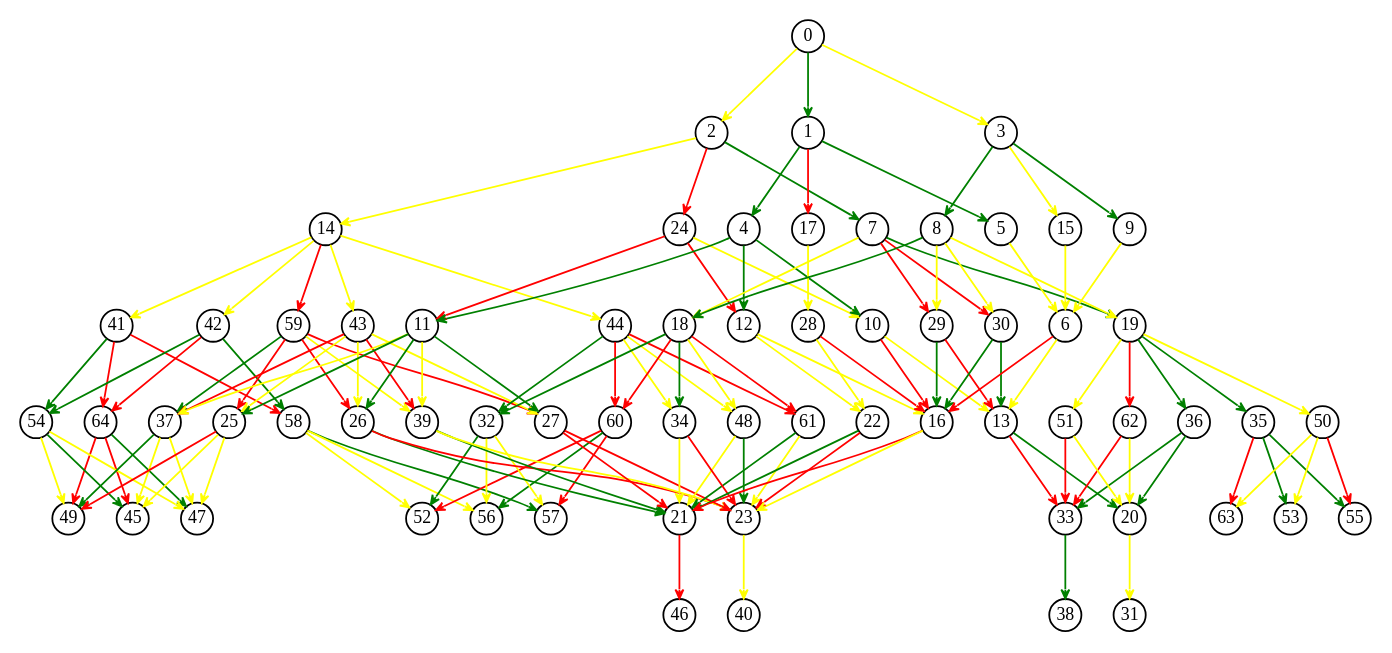
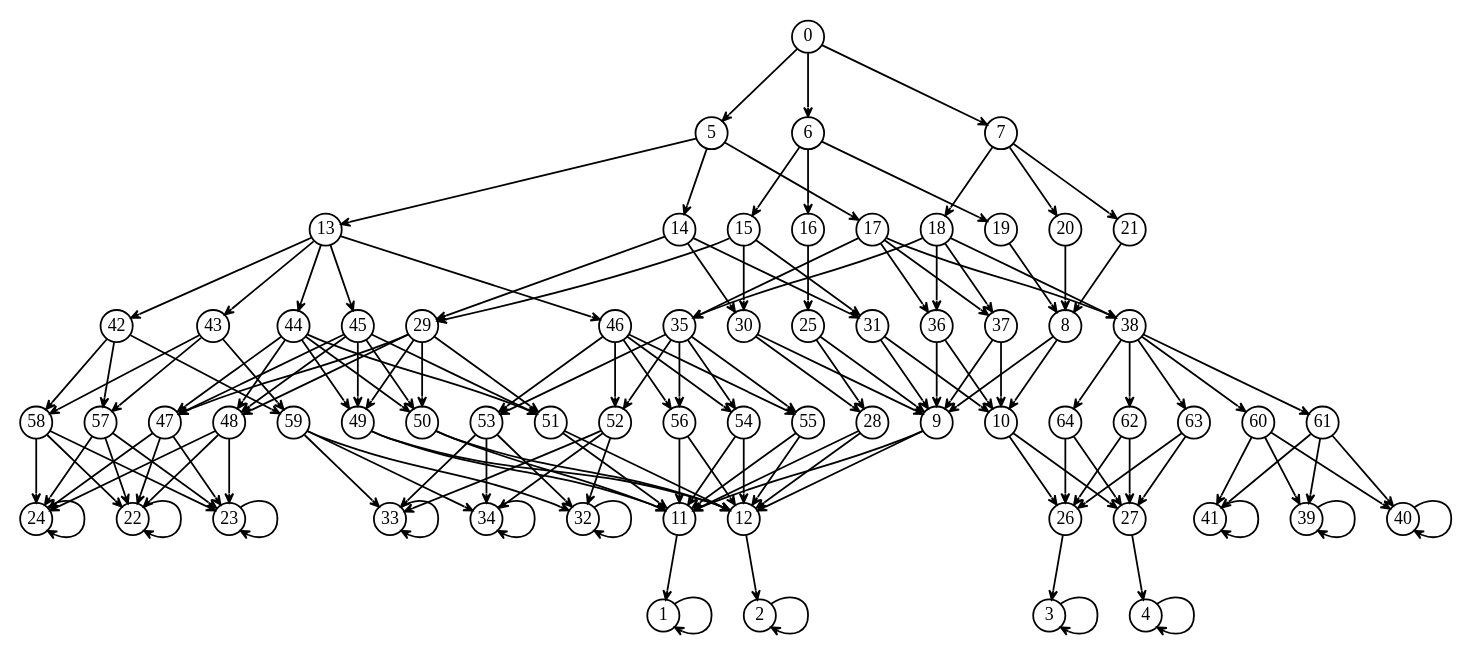
The diagram in g.dot (kphongph/repo_ttu), drawn with Graphviz before and after one commit. The commit also changed 3 other files, not shown here.

```diff
--- a/g.dot
+++ b/g.dot
@@ -2,206 +2,219 @@
    node [shape=circle,width=.25,height=.25,fixedsize=true,fontsize=10];
    edge [arrowhead="vee",arrowsize=.5];
    s0 [label="0"];
-   s1 [label="2"];
-   s2 [label="1"];
-   s3 [label="3"];
-   s4 [label="14"];
-   s5 [label="24"];
-   s6 [label="4"];
-   s7 [label="17"];
-   s8 [label="7"];
-   s9 [label="8"];
-   s10 [label="5"];
-   s11 [label="15"];
-   s12 [label="9"];
-   s13 [label="41"];
-   s14 [label="42"];
-   s15 [label="59"];
-   s16 [label="43"];
-   s17 [label="11"];
-   s18 [label="44"];
-   s19 [label="18"];
-   s20 [label="12"];
-   s21 [label="28"];
-   s22 [label="10"];
-   s23 [label="29"];
-   s24 [label="30"];
-   s25 [label="6"];
-   s26 [label="19"];
-   s27 [label="64"];
-   s28 [label="54"];
-   s29 [label="37"];
-   s30 [label="25"];
-   s31 [label="58"];
-   s32 [label="60"];
-   s33 [label="32"];
-   s34 [label="26"];
-   s35 [label="39"];
-   s36 [label="27"];
-   s37 [label="48"];
-   s38 [label="61"];
-   s39 [label="34"];
-   s40 [label="22"];
-   s41 [label="16"];
-   s42 [label="35"];
-   s43 [label="50"];
-   s44 [label="13"];
+   s1 [label="5"];
+   s2 [label="6"];
+   s3 [label="7"];
+   s4 [label="13"];
+   s5 [label="14"];
+   s6 [label="15"];
+   s7 [label="16"];
+   s8 [label="17"];
+   s9 [label="18"];
+   s10 [label="19"];
+   s11 [label="20"];
+   s12 [label="21"];
+   s13 [label="42"];
+   s14 [label="43"];
+   s15 [label="44"];
+   s16 [label="45"];
+   s17 [label="29"];
+   s18 [label="46"];
+   s19 [label="35"];
+   s20 [label="30"];
+   s21 [label="25"];
+   s22 [label="31"];
+   s23 [label="36"];
+   s24 [label="37"];
+   s25 [label="8"];
+   s26 [label="38"];
+   s27 [label="57"];
+   s28 [label="58"];
+   s29 [label="47"];
+   s30 [label="48"];
+   s31 [label="59"];
+   s32 [label="52"];
+   s33 [label="53"];
+   s34 [label="49"];
+   s35 [label="50"];
+   s36 [label="51"];
+   s37 [label="54"];
+   s38 [label="55"];
+   s39 [label="56"];
+   s40 [label="28"];
+   s41 [label="9"];
+   s42 [label="60"];
+   s43 [label="61"];
+   s44 [label="10"];
    s45 [label="62"];
-   s46 [label="36"];
-   s47 [label="51"];
-   s48 [label="45"];
-   s49 [label="47"];
-   s50 [label="49"];
-   s51 [label="57"];
-   s52 [label="52"];
-   s53 [label="56"];
-   s54 [label="21"];
-   s55 [label="23"];
-   s56 [label="53"];
-   s57 [label="55"];
-   s58 [label="63"];
-   s59 [label="33"];
-   s60 [label="20"];
-   s61 [label="46"];
-   s62 [label="40"];
-   s63 [label="38"];
-   s64 [label="31"];
-   s0 -> s1 [color="yellow"];
-   s0 -> s2 [color="green"];
-   s0 -> s3 [color="yellow"];
-   s1 -> s4 [color="yellow"];
-   s1 -> s5 [color="red"];
-   s1 -> s8 [color="green"];
-   s2 -> s6 [color="green"];
-   s2 -> s7 [color="red"];
-   s2 -> s10 [color="green"];
-   s3 -> s9 [color="green"];
-   s3 -> s11 [color="yellow"];
-   s3 -> s12 [color="green"];
-   s4 -> s13 [color="yellow"];
-   s4 -> s14 [color="yellow"];
-   s4 -> s15 [color="red"];
-   s4 -> s16 [color="yellow"];
-   s4 -> s18 [color="yellow"];
-   s5 -> s17 [color="red"];
-   s5 -> s20 [color="red"];
-   s5 -> s22 [color="yellow"];
-   s6 -> s17 [color="green"];
-   s6 -> s20 [color="green"];
-   s6 -> s22 [color="green"];
-   s7 -> s21 [color="yellow"];
-   s8 -> s19 [color="yellow"];
-   s8 -> s23 [color="red"];
-   s8 -> s24 [color="red"];
-   s8 -> s26 [color="green"];
-   s9 -> s19 [color="green"];
-   s9 -> s23 [color="yellow"];
-   s9 -> s24 [color="yellow"];
-   s9 -> s26 [color="yellow"];
-   s10 -> s25 [color="yellow"];
-   s11 -> s25 [color="yellow"];
-   s12 -> s25 [color="yellow"];
-   s13 -> s27 [color="red"];
-   s13 -> s28 [color="green"];
-   s13 -> s31 [color="red"];
-   s14 -> s27 [color="red"];
-   s14 -> s28 [color="green"];
-   s14 -> s31 [color="green"];
-   s15 -> s29 [color="green"];
-   s15 -> s30 [color="red"];
-   s15 -> s34 [color="red"];
-   s15 -> s35 [color="yellow"];
-   s15 -> s36 [color="red"];
-   s16 -> s29 [color="red"];
-   s16 -> s30 [color="yellow"];
-   s16 -> s34 [color="yellow"];
-   s16 -> s35 [color="red"];
-   s16 -> s36 [color="yellow"];
-   s17 -> s29 [color="yellow"];
-   s17 -> s30 [color="green"];
-   s17 -> s34 [color="green"];
-   s17 -> s35 [color="yellow"];
-   s17 -> s36 [color="green"];
-   s18 -> s32 [color="red"];
-   s18 -> s33 [color="green"];
-   s18 -> s37 [color="yellow"];
-   s18 -> s38 [color="red"];
-   s18 -> s39 [color="yellow"];
-   s19 -> s32 [color="red"];
-   s19 -> s33 [color="green"];
-   s19 -> s37 [color="yellow"];
-   s19 -> s38 [color="red"];
-   s19 -> s39 [color="green"];
-   s20 -> s40 [color="yellow"];
-   s20 -> s41 [color="yellow"];
-   s21 -> s40 [color="yellow"];
-   s21 -> s41 [color="red"];
-   s22 -> s41 [color="red"];
-   s22 -> s44 [color="yellow"];
-   s23 -> s41 [color="green"];
-   s23 -> s44 [color="red"];
-   s24 -> s41 [color="green"];
-   s24 -> s44 [color="green"];
-   s25 -> s41 [color="red"];
-   s25 -> s44 [color="yellow"];
-   s26 -> s42 [color="green"];
-   s26 -> s43 [color="yellow"];
-   s26 -> s45 [color="red"];
-   s26 -> s46 [color="green"];
-   s26 -> s47 [color="yellow"];
-   s27 -> s48 [color="red"];
-   s27 -> s49 [color="green"];
-   s27 -> s50 [color="red"];
-   s28 -> s48 [color="green"];
-   s28 -> s49 [color="yellow"];
-   s28 -> s50 [color="yellow"];
-   s29 -> s48 [color="yellow"];
-   s29 -> s49 [color="yellow"];
-   s29 -> s50 [color="green"];
-   s30 -> s48 [color="yellow"];
-   s30 -> s49 [color="yellow"];
-   s30 -> s50 [color="red"];
-   s31 -> s51 [color="green"];
-   s31 -> s52 [color="yellow"];
-   s31 -> s53 [color="yellow"];
-   s32 -> s51 [color="red"];
-   s32 -> s52 [color="red"];
-   s32 -> s53 [color="green"];
-   s33 -> s51 [color="yellow"];
-   s33 -> s52 [color="green"];
-   s33 -> s53 [color="yellow"];
-   s34 -> s54 [color="green"];
-   s34 -> s55 [color="red"];
-   s35 -> s54 [color="green"];
-   s35 -> s55 [color="yellow"];
-   s36 -> s54 [color="red"];
-   s36 -> s55 [color="red"];
-   s37 -> s54 [color="yellow"];
-   s37 -> s55 [color="green"];
-   s38 -> s54 [color="green"];
-   s38 -> s55 [color="yellow"];
-   s39 -> s54 [color="yellow"];
-   s39 -> s55 [color="red"];
-   s40 -> s54 [color="green"];
-   s40 -> s55 [color="red"];
-   s41 -> s54 [color="red"];
-   s41 -> s55 [color="yellow"];
-   s42 -> s56 [color="green"];
-   s42 -> s57 [color="green"];
-   s42 -> s58 [color="red"];
-   s43 -> s56 [color="yellow"];
-   s43 -> s57 [color="red"];
-   s43 -> s58 [color="yellow"];
-   s44 -> s59 [color="red"];
-   s44 -> s60 [color="green"];
-   s45 -> s59 [color="red"];
-   s45 -> s60 [color="yellow"];
-   s46 -> s59 [color="green"];
-   s46 -> s60 [color="green"];
-   s47 -> s59 [color="red"];
-   s47 -> s60 [color="yellow"];
-   s54 -> s61 [color="red"];
-   s55 -> s62 [color="yellow"];
-   s59 -> s63 [color="green"];
-   s60 -> s64 [color="yellow"];
+   s46 [label="63"];
+   s47 [label="64"];
+   s48 [label="22"];
+   s49 [label="23"];
+   s50 [label="24"];
+   s51 [label="32"];
+   s52 [label="33"];
+   s53 [label="34"];
+   s54 [label="11"];
+   s55 [label="12"];
+   s56 [label="39"];
+   s57 [label="40"];
+   s58 [label="41"];
+   s59 [label="26"];
+   s60 [label="27"];
+   s61 [label="1"];
+   s62 [label="2"];
+   s63 [label="3"];
+   s64 [label="4"];
+   s0 -> s1 [color="black"];
+   s0 -> s2 [color="black"];
+   s0 -> s3 [color="black"];
+   s1 -> s4 [color="black"];
+   s1 -> s5 [color="black"];
+   s1 -> s8 [color="black"];
+   s2 -> s6 [color="black"];
+   s2 -> s7 [color="black"];
+   s2 -> s10 [color="black"];
+   s3 -> s9 [color="black"];
+   s3 -> s11 [color="black"];
+   s3 -> s12 [color="black"];
+   s4 -> s13 [color="black"];
+   s4 -> s14 [color="black"];
+   s4 -> s15 [color="black"];
+   s4 -> s16 [color="black"];
+   s4 -> s18 [color="black"];
+   s5 -> s17 [color="black"];
+   s5 -> s20 [color="black"];
+   s5 -> s22 [color="black"];
+   s6 -> s17 [color="black"];
+   s6 -> s20 [color="black"];
+   s6 -> s22 [color="black"];
+   s7 -> s21 [color="black"];
+   s8 -> s19 [color="black"];
+   s8 -> s23 [color="black"];
+   s8 -> s24 [color="black"];
+   s8 -> s26 [color="black"];
+   s9 -> s19 [color="black"];
+   s9 -> s23 [color="black"];
+   s9 -> s24 [color="black"];
+   s9 -> s26 [color="black"];
+   s10 -> s25 [color="black"];
+   s11 -> s25 [color="black"];
+   s12 -> s25 [color="black"];
+   s13 -> s27 [color="black"];
+   s13 -> s28 [color="black"];
+   s13 -> s31 [color="black"];
+   s14 -> s27 [color="black"];
+   s14 -> s28 [color="black"];
+   s14 -> s31 [color="black"];
+   s15 -> s29 [color="black"];
+   s15 -> s30 [color="black"];
+   s15 -> s34 [color="black"];
+   s15 -> s35 [color="black"];
+   s15 -> s36 [color="black"];
+   s16 -> s29 [color="black"];
+   s16 -> s30 [color="black"];
+   s16 -> s34 [color="black"];
+   s16 -> s35 [color="black"];
+   s16 -> s36 [color="black"];
+   s17 -> s29 [color="black"];
+   s17 -> s30 [color="black"];
+   s17 -> s34 [color="black"];
+   s17 -> s35 [color="black"];
+   s17 -> s36 [color="black"];
+   s18 -> s32 [color="black"];
+   s18 -> s33 [color="black"];
+   s18 -> s37 [color="black"];
+   s18 -> s38 [color="black"];
+   s18 -> s39 [color="black"];
+   s19 -> s32 [color="black"];
+   s19 -> s33 [color="black"];
+   s19 -> s37 [color="black"];
+   s19 -> s38 [color="black"];
+   s19 -> s39 [color="black"];
+   s20 -> s40 [color="black"];
+   s20 -> s41 [color="black"];
+   s21 -> s40 [color="black"];
+   s21 -> s41 [color="black"];
+   s22 -> s41 [color="black"];
+   s22 -> s44 [color="black"];
+   s23 -> s41 [color="black"];
+   s23 -> s44 [color="black"];
+   s24 -> s41 [color="black"];
+   s24 -> s44 [color="black"];
+   s25 -> s41 [color="black"];
+   s25 -> s44 [color="black"];
+   s26 -> s42 [color="black"];
+   s26 -> s43 [color="black"];
+   s26 -> s45 [color="black"];
+   s26 -> s46 [color="black"];
+   s26 -> s47 [color="black"];
+   s27 -> s48 [color="black"];
+   s27 -> s49 [color="black"];
+   s27 -> s50 [color="black"];
+   s28 -> s48 [color="black"];
+   s28 -> s49 [color="black"];
+   s28 -> s50 [color="black"];
+   s29 -> s48 [color="black"];
+   s29 -> s49 [color="black"];
+   s29 -> s50 [color="black"];
+   s30 -> s48 [color="black"];
+   s30 -> s49 [color="black"];
+   s30 -> s50 [color="black"];
+   s31 -> s51 [color="black"];
+   s31 -> s52 [color="black"];
+   s31 -> s53 [color="black"];
+   s32 -> s51 [color="black"];
+   s32 -> s52 [color="black"];
+   s32 -> s53 [color="black"];
+   s33 -> s51 [color="black"];
+   s33 -> s52 [color="black"];
+   s33 -> s53 [color="black"];
+   s34 -> s54 [color="black"];
+   s34 -> s55 [color="black"];
+   s35 -> s54 [color="black"];
+   s35 -> s55 [color="black"];
+   s36 -> s54 [color="black"];
+   s36 -> s55 [color="black"];
+   s37 -> s54 [color="black"];
+   s37 -> s55 [color="black"];
+   s38 -> s54 [color="black"];
+   s38 -> s55 [color="black"];
+   s39 -> s54 [color="black"];
+   s39 -> s55 [color="black"];
+   s40 -> s54 [color="black"];
+   s40 -> s55 [color="black"];
+   s41 -> s54 [color="black"];
+   s41 -> s55 [color="black"];
+   s42 -> s56 [color="black"];
+   s42 -> s57 [color="black"];
+   s42 -> s58 [color="black"];
+   s43 -> s56 [color="black"];
+   s43 -> s57 [color="black"];
+   s43 -> s58 [color="black"];
+   s44 -> s59 [color="black"];
+   s44 -> s60 [color="black"];
+   s45 -> s59 [color="black"];
+   s45 -> s60 [color="black"];
+   s46 -> s59 [color="black"];
+   s46 -> s60 [color="black"];
+   s47 -> s59 [color="black"];
+   s47 -> s60 [color="black"];
+   s48 -> s48 [color="black"];
+   s49 -> s49 [color="black"];
+   s50 -> s50 [color="black"];
+   s51 -> s51 [color="black"];
+   s52 -> s52 [color="black"];
+   s53 -> s53 [color="black"];
+   s54 -> s61 [color="black"];
+   s55 -> s62 [color="black"];
+   s56 -> s56 [color="black"];
+   s57 -> s57 [color="black"];
+   s58 -> s58 [color="black"];
+   s59 -> s63 [color="black"];
+   s60 -> s64 [color="black"];
+   s61 -> s61 [color="black"];
+   s62 -> s62 [color="black"];
+   s63 -> s63 [color="black"];
+   s64 -> s64 [color="black"];
 }
```
